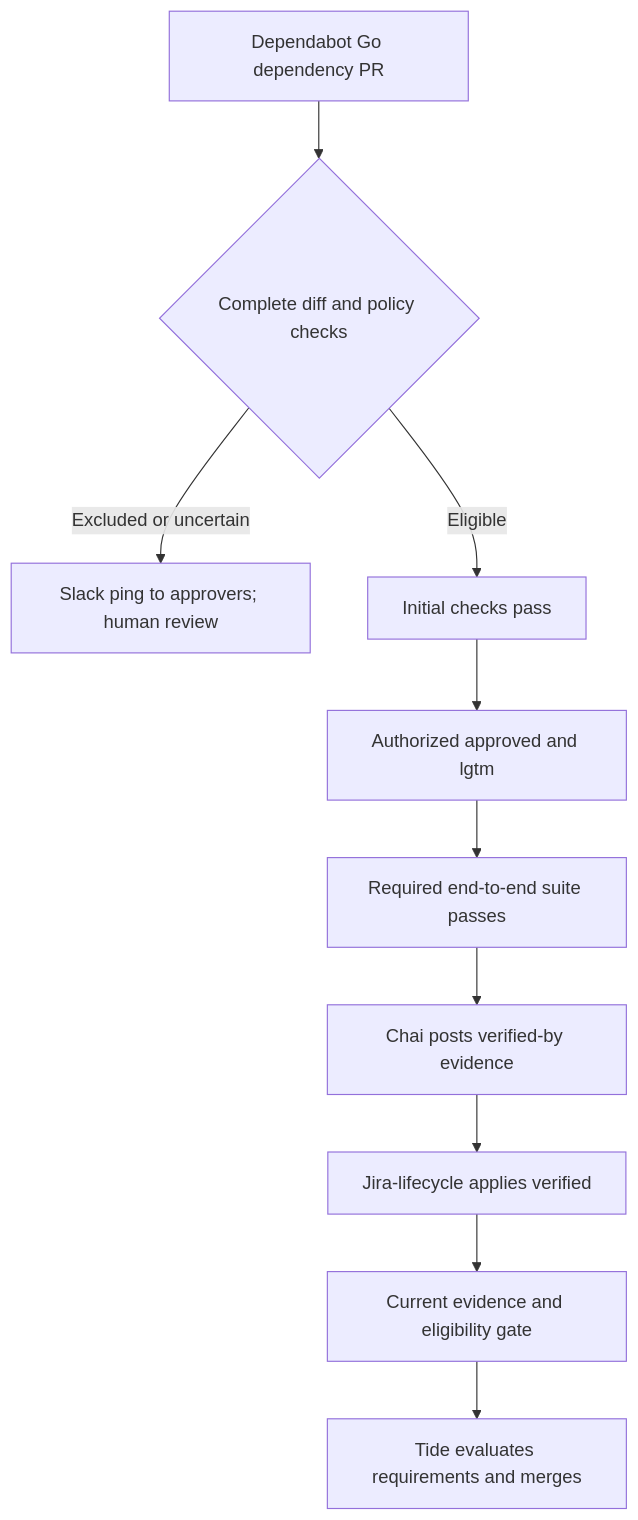
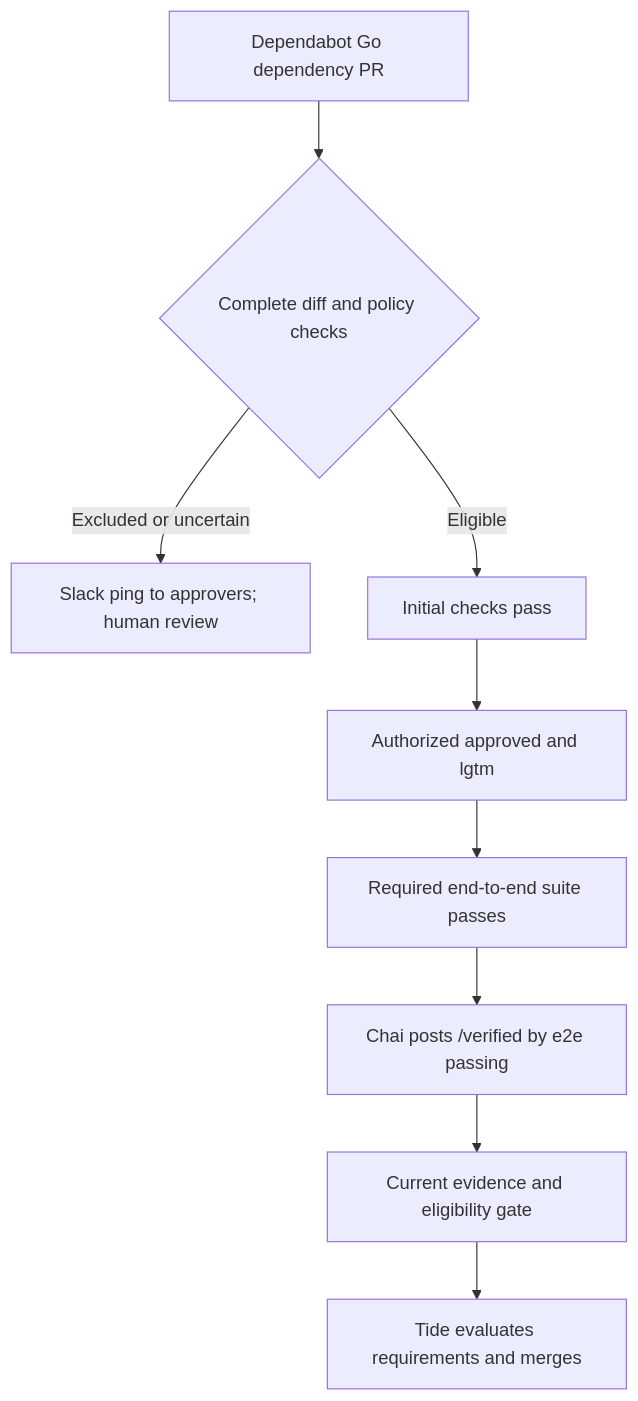
One commit to openshift/enhancements changed the diagram in enhancements/hypershift/automated-dependabot-pr-management.md. Above: the diagram before and after it, drawn with Mermaid. The commit also changed other lines of this file, not shown here.

First line of the commit message:
docs(hypershift): simplify automation actors and verification flow

````diff
--- a/enhancements/hypershift/automated-dependabot-pr-management.md
+++ b/enhancements/hypershift/automated-dependabot-pr-management.md
@@ -105,12 +101,11 @@
 ```mermaid
 flowchart TD
     PR[Dependabot Go dependency PR] --> C{Complete diff and policy checks}
     C -->|Excluded or uncertain| H[Slack ping to approvers; human review]
     C -->|Eligible| I[Initial checks pass]
     I --> A[Authorized approved and lgtm]
     A --> E[Required end-to-end suite passes]
-    E --> V[Chai posts verified-by evidence]
-    V --> J[Jira-lifecycle applies verified]
-    J --> G[Current evidence and eligibility gate]
+    E --> V["Chai posts /verified by e2e passing"]
+    V --> G[Current evidence and eligibility gate]
     G --> T[Tide evaluates requirements and merges]
 ```
````
